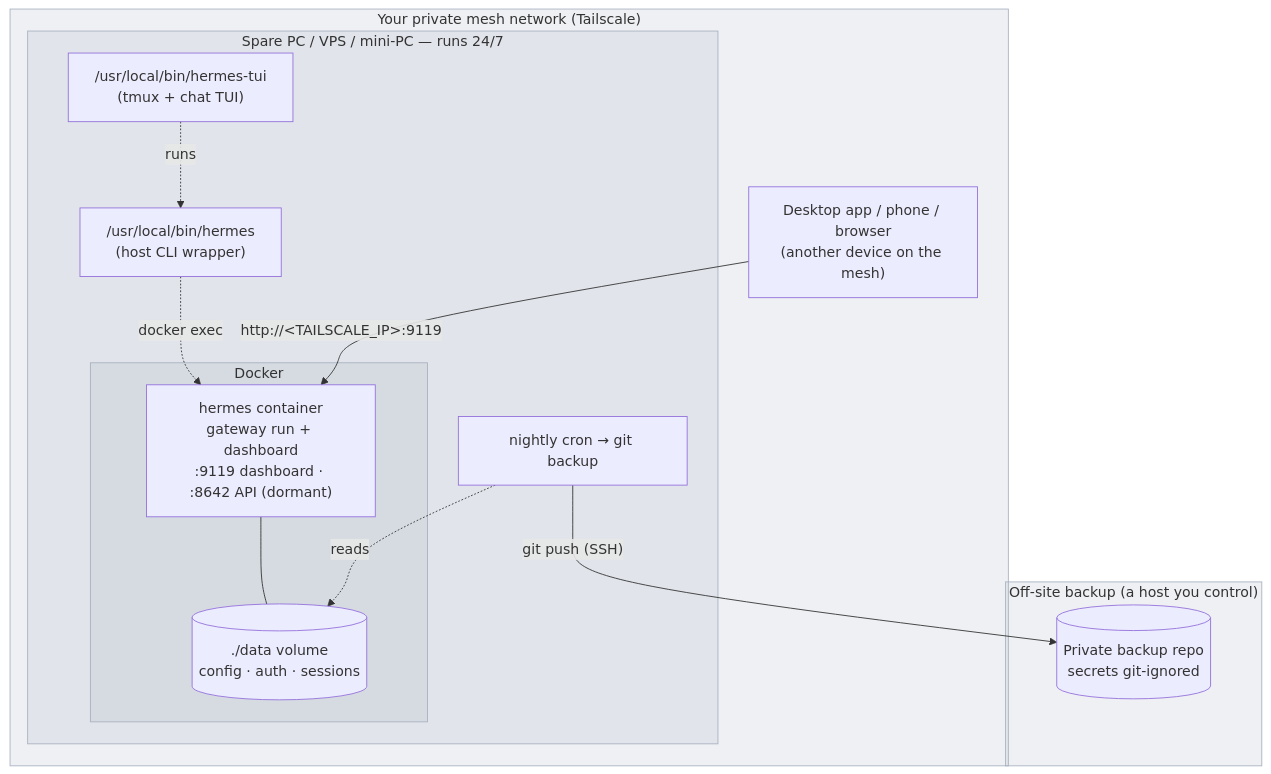
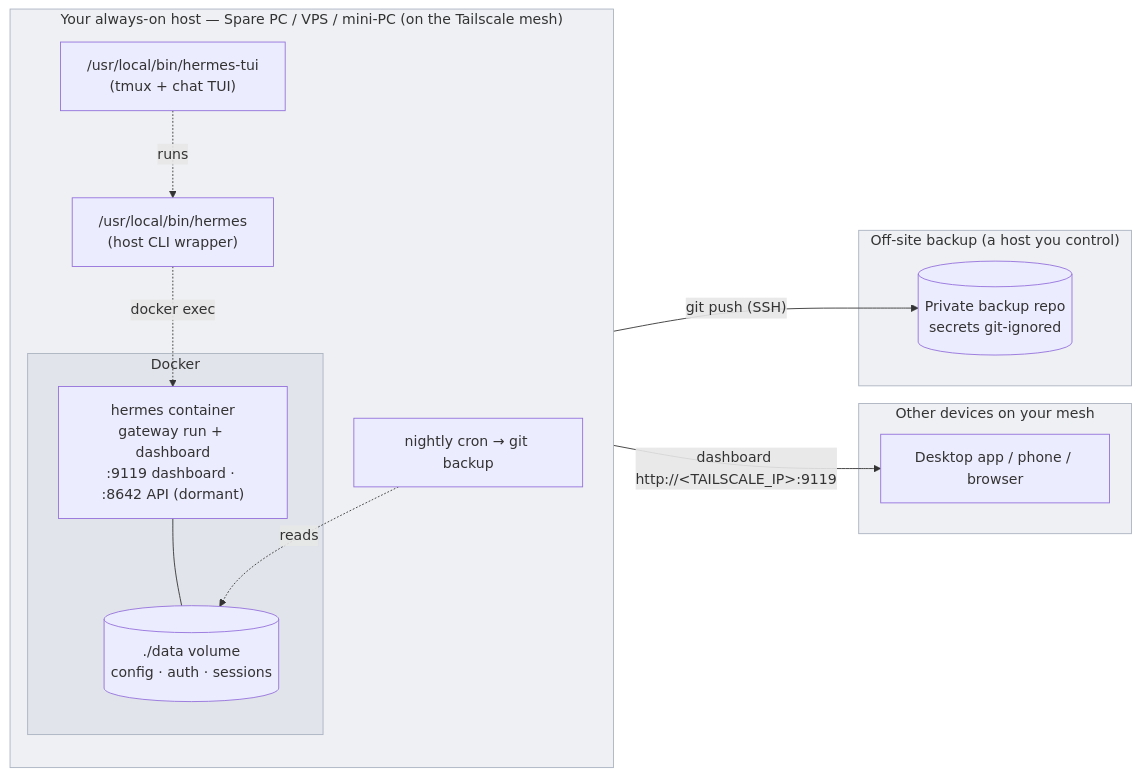
Before and after one commit to EpsilonLLC/run-your-own-ai-agent: the diagram in README.md, drawn with Mermaid.

Commit message:
docs: rebalance architecture diagram into a clean two-column rectangle
Host (Docker + CLI + TUI + cron + data) on the left; a right-hand column with
"Other devices on your mesh" (top) and "Off-site backup" (bottom). Fills the
previously empty top-right area; uniform gray fills retained.

````diff
--- a/README.md
+++ b/README.md
@@ -103,28 +103,29 @@
 ```mermaid
-flowchart TB
-    subgraph mesh["Your private mesh network (Tailscale)"]
-        subgraph box["Spare PC / VPS / mini-PC — runs 24/7"]
-            subgraph docker["Docker"]
-                hermes["hermes container<br/>gateway run + dashboard<br/>:9119 dashboard · :8642 API (dormant)"]
-                data[("./data volume<br/>config · auth · sessions")]
-                hermes --- data
-            end
-            cli["/usr/local/bin/hermes<br/>(host CLI wrapper)"]
-            tui["/usr/local/bin/hermes-tui<br/>(tmux + chat TUI)"]
-            cron["nightly cron → git backup"]
-            cli -. docker exec .-> hermes
-            tui -. runs .-> cli
-            cron -. reads .-> data
+flowchart LR
+    subgraph host["Your always-on host — Spare PC / VPS / mini-PC (on the Tailscale mesh)"]
+        direction TB
+        subgraph docker["Docker"]
+            hermes["hermes container<br/>gateway run + dashboard<br/>:9119 dashboard · :8642 API (dormant)"]
+            data[("./data volume<br/>config · auth · sessions")]
+            hermes --- data
         end
-        desktop["Desktop app / phone / browser<br/>(another device on the mesh)"]
-        desktop -- "http://&lt;TAILSCALE_IP&gt;:9119" --> hermes
+        cli["/usr/local/bin/hermes<br/>(host CLI wrapper)"]
+        tui["/usr/local/bin/hermes-tui<br/>(tmux + chat TUI)"]
+        cron["nightly cron → git backup"]
+        cli -. docker exec .-> hermes
+        tui -. runs .-> cli
+        cron -. reads .-> data
+    end
+    subgraph clients["Other devices on your mesh"]
+        desktop["Desktop app / phone / browser"]
     end
     subgraph offsite["Off-site backup (a host you control)"]
         repo[("Private backup repo<br/>secrets git-ignored")]
     end
+    hermes -- "dashboard http://&lt;TAILSCALE_IP&gt;:9119" --> desktop
     cron -- "git push (SSH)" --> repo
-    style mesh fill:#aab2c033,stroke:#aab2c0
-    style box fill:#aab2c033,stroke:#aab2c0
+    style host fill:#aab2c033,stroke:#aab2c0
     style docker fill:#aab2c033,stroke:#aab2c0
+    style clients fill:#aab2c033,stroke:#aab2c0
     style offsite fill:#aab2c033,stroke:#aab2c0
 ```
````
